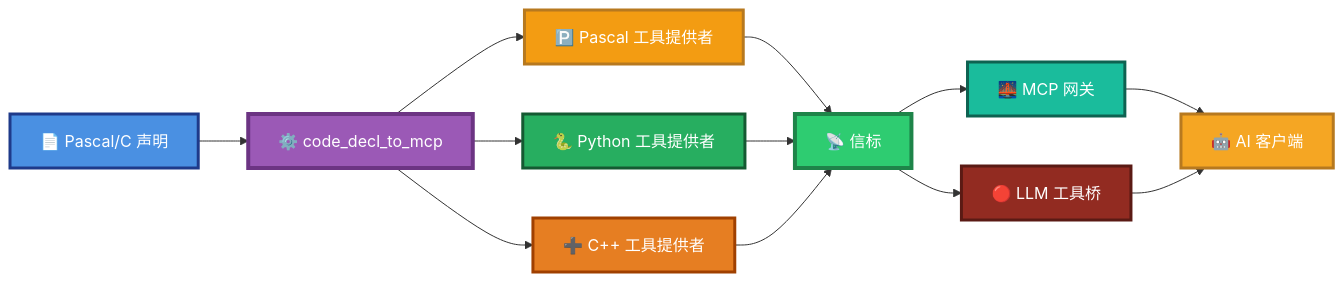
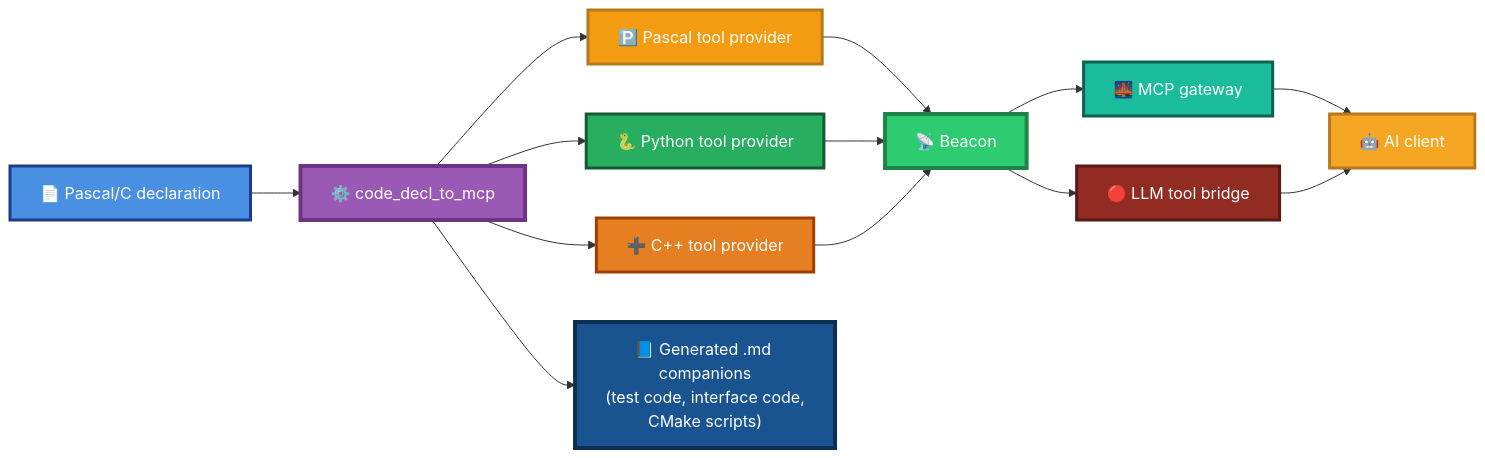
One commit to PassByYou888/LingoFuse-Tools changed the first of 3 diagrams in src/pascal_c_to_mcp/code_generate_mcp.md. Above: the diagram before and after it, drawn with Mermaid. The commit also changed other lines of this file, not shown here.

````diff
--- a/src/pascal_c_to_mcp/code_generate_mcp.md
+++ b/src/pascal_c_to_mcp/code_generate_mcp.md
@@ -41,24 +45,26 @@
 ```mermaid
 flowchart LR
-    A["📄 Pascal/C 声明"] --> B["⚙️ code_decl_to_mcp"]
-    B --> C1["🅿️ Pascal 工具提供者"]
-    B --> C2["🐍 Python 工具提供者"]
-    B --> C3["➕ C++ 工具提供者"]
-    C1 --> D["📡 信标"]
+    A["📄 Pascal/C declaration"] --> B["⚙️ code_decl_to_mcp"]
+    B --> C1["🅿️ Pascal tool provider"]
+    B --> C2["🐍 Python tool provider"]
+    B --> C3["➕ C++ tool provider"]
+    B --> MD["📘 Generated .md companions<br/>(test code, interface code,<br/>CMake scripts)"]
+    C1 --> D["📡 Beacon"]
     C2 --> D
     C3 --> D
-    D --> E1["🌉 MCP 网关"]
-    D --> E2["🔴 LLM 工具桥"]
-    E1 --> F["🤖 AI 客户端"]
+    D --> E1["🌉 MCP gateway"]
+    D --> E2["🔴 LLM tool bridge"]
+    E1 --> F["🤖 AI client"]
     E2 --> F
 
     style A fill:#4A90E2,stroke:#1E3A8A,stroke-width:3px,color:#FFFFFF
     style B fill:#9B59B6,stroke:#6C3483,stroke-width:4px,color:#FFFFFF
     style C1 fill:#F39C12,stroke:#B7791F,stroke-width:3px,color:#FFFFFF
     style C2 fill:#27AE60,stroke:#145A32,stroke-width:3px,color:#FFFFFF
     style C3 fill:#E67E22,stroke:#A04000,stroke-width:3px,color:#FFFFFF
+    style MD fill:#1A5490,stroke:#0D2F52,stroke-width:4px,color:#FFFFFF
     style D fill:#2ECC71,stroke:#1E8449,stroke-width:4px,color:#FFFFFF
     style E1 fill:#1ABC9C,stroke:#0E6251,stroke-width:3px,color:#FFFFFF
     style E2 fill:#922B21,stroke:#5A1A14,stroke-width:3px,color:#FFFFFF
     style F fill:#F5A623,stroke:#B7791F,stroke-width:3px,color:#FFFFFF
 ```
````
